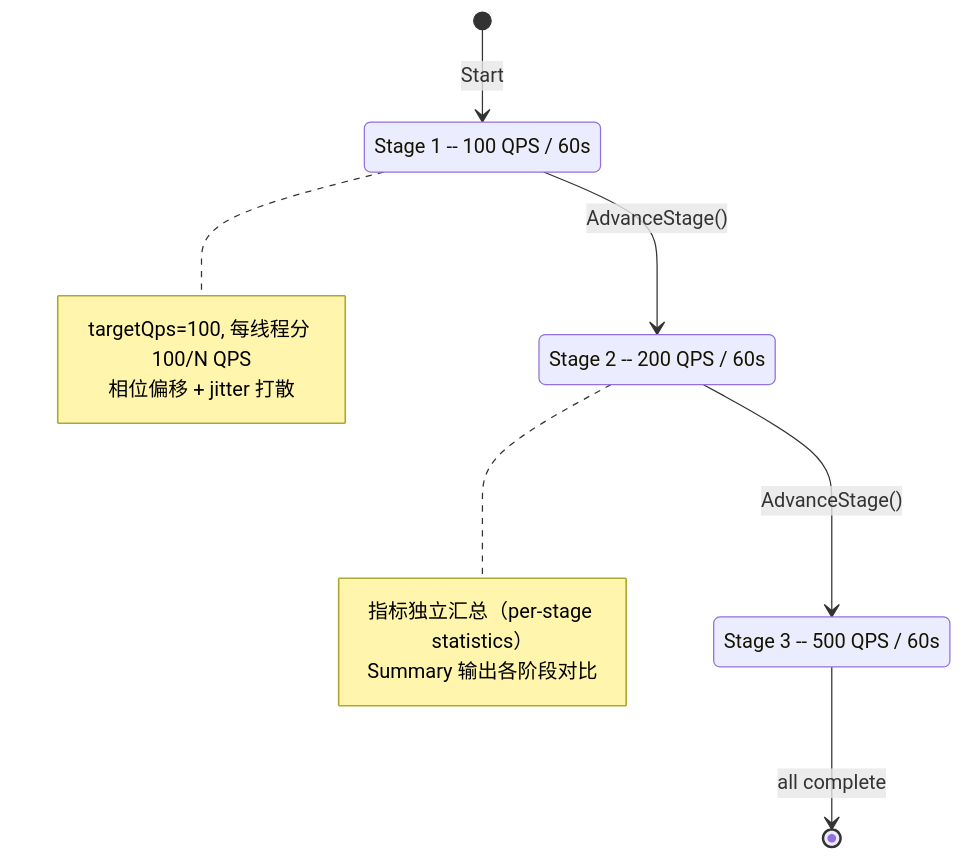
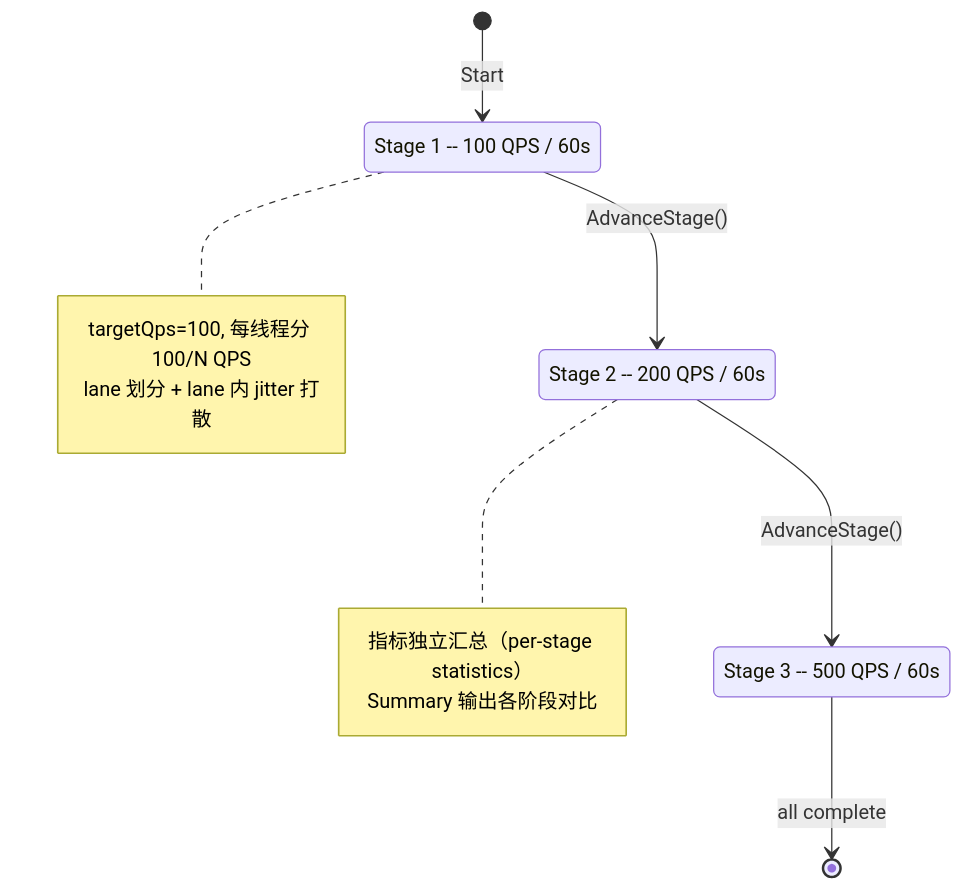
One commit to openeuler-mirror/yuanrong-datasystem changed the eighth of 8 diagrams in tests/kvtest/docs/design.md. Above: the diagram before and after it, drawn with Mermaid. The commit also changed other lines of this file and 8 other files, not shown here.

````diff
--- a/tests/kvtest/docs/design.md
+++ b/tests/kvtest/docs/design.md
@@ -459,20 +478,20 @@
 ```mermaid
 stateDiagram-v2
     [*] --> Stage1: Start
     Stage1: Stage 1 -- 100 QPS / 60s
     Stage1 --> Stage2: AdvanceStage()
     Stage2: Stage 2 -- 200 QPS / 60s
     Stage2 --> Stage3: AdvanceStage()
     Stage3: Stage 3 -- 500 QPS / 60s
     Stage3 --> [*]: all complete
 
     note right of Stage1
         targetQps=100, 每线程分 100/N QPS
-        相位偏移 + jitter 打散
+        lane 划分 + lane 内 jitter 打散
     end note
 
     note right of Stage2
         指标独立汇总（per-stage statistics）
         Summary 输出各阶段对比
     end note
 ```
````
